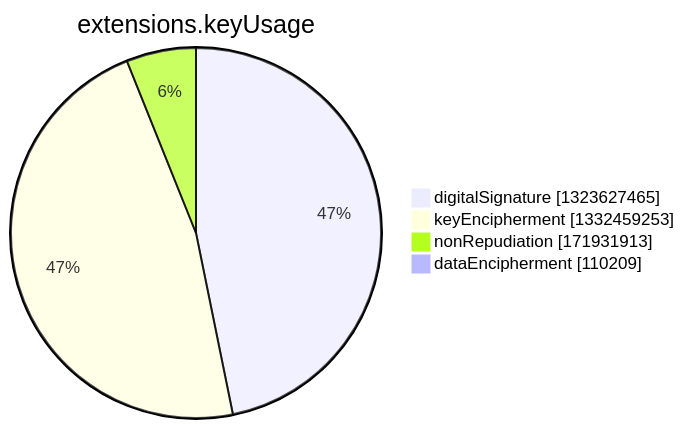
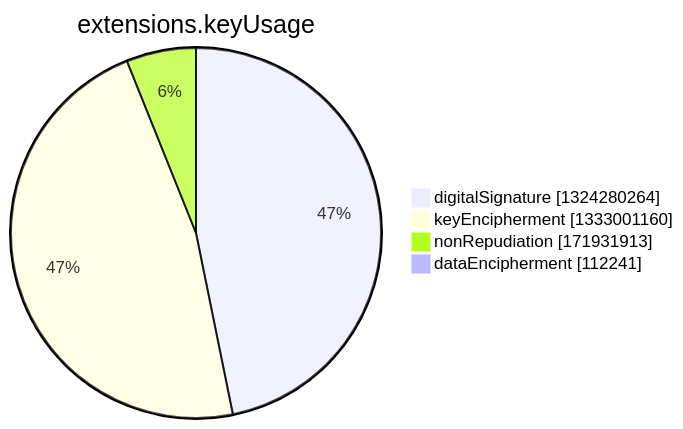
Before and after one commit to christiankrug/ctmonitor_visualization: the seventh of 15 diagrams in argon2022/README.md, drawn with Mermaid. The commit also changed other lines of this file, not shown here.

````diff
--- a/argon2022/README.md
+++ b/argon2022/README.md
@@ -2750,8 +2750,8 @@
 ```mermaid
 pie showData
 title extensions.keyUsage
-"digitalSignature" :1323627465
-"keyEncipherment" :1332459253
+"digitalSignature" :1324280264
+"keyEncipherment" :1333001160
 "nonRepudiation" :171931913
-"dataEncipherment" :110209
+"dataEncipherment" :112241
 ```
````
